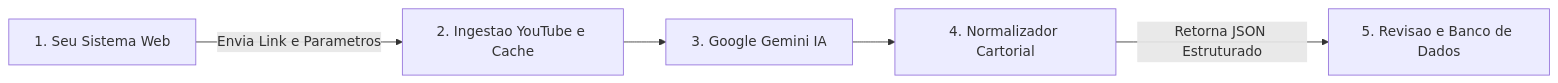
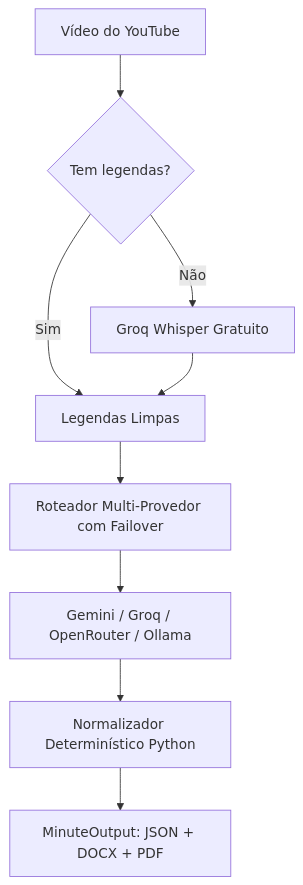
Before and after one commit to TTreter/tVerbum: the diagram in README.md, drawn with Mermaid. The commit also changed other lines of this file and 2 other files, not shown here.

````diff
--- a/README.md
+++ b/README.md
@@ -39,7 +58,11 @@
 ```mermaid
-flowchart LR
-    A[1. Seu Sistema Web] -->|Envia Link e Parametros| B[2. Ingestao YouTube e Cache]
-    B --> C[3. Google Gemini IA]
-    C --> D[4. Normalizador Cartorial]
-    D -->|Retorna JSON Estruturado| E[5. Revisao e Banco de Dados]
+flowchart TD
+    A[Vídeo do YouTube] --> B{Tem legendas?}
+    B -- Sim --> C[Legendas Limpas]
+    B -- Não --> D[Groq Whisper Gratuito]
+    D --> C
+    C --> E[Roteador Multi-Provedor com Failover]
+    E --> F[Gemini / Groq / OpenRouter / Ollama]
+    F --> G[Normalizador Determinístico Python]
+    G --> H[MinuteOutput: JSON + DOCX + PDF]
 ```
````
